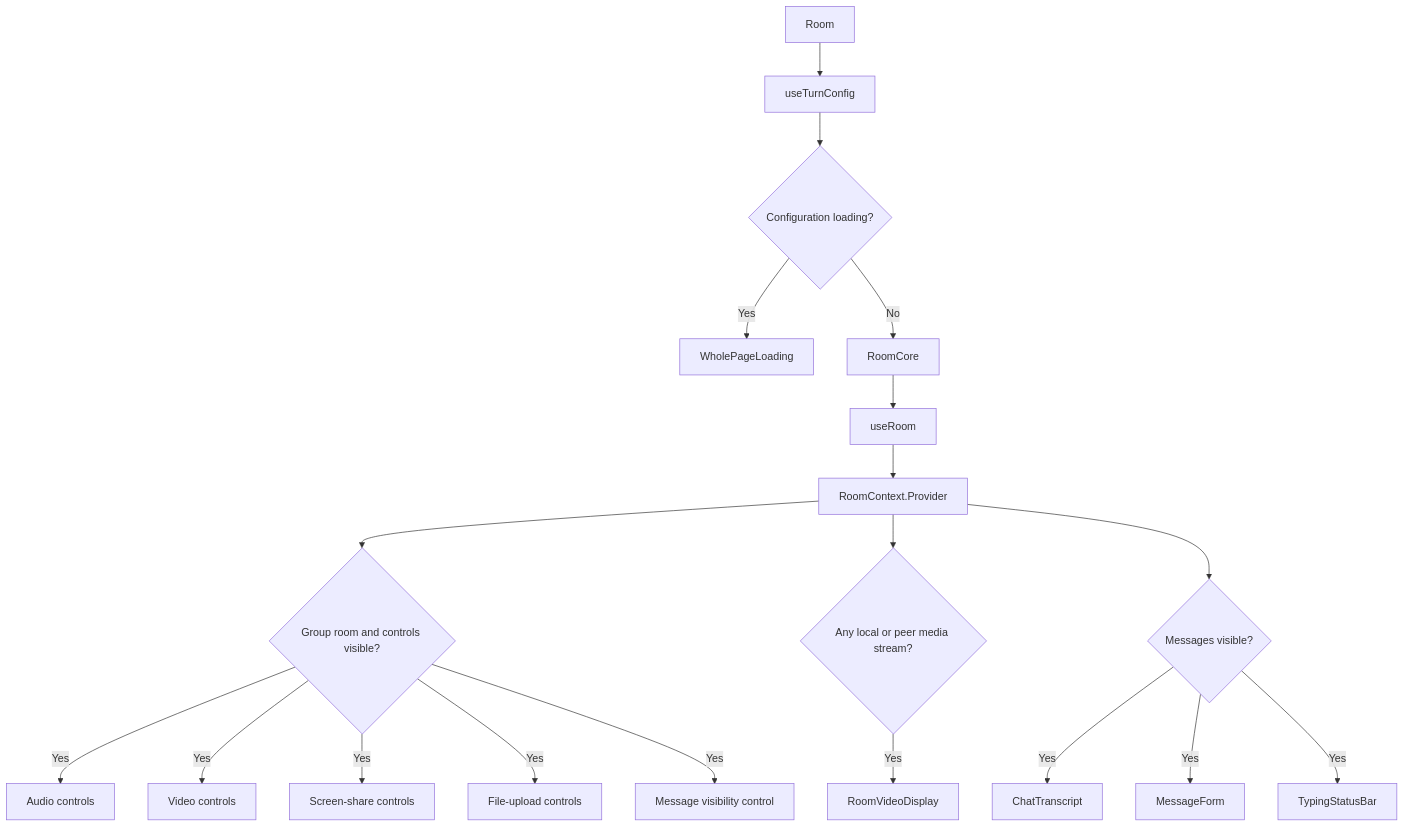
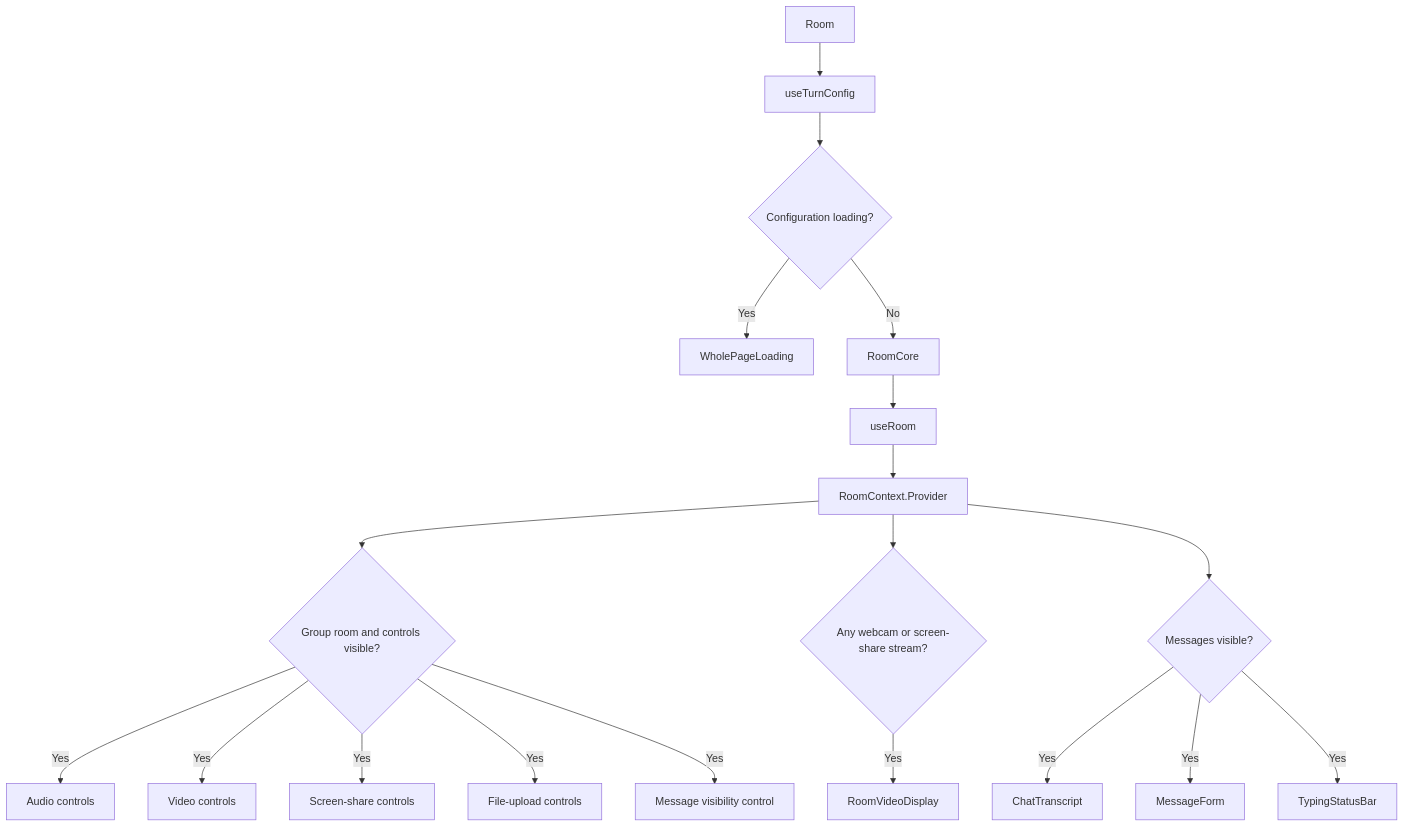
One commit to drunkod/chitchatter changed the fourth of 5 diagrams in docs/architecture/ui-architecture.md. Above: the diagram before and after it, drawn with Mermaid. The commit also changed other lines of this file and 1 other file, not shown here.

Commit message:
Refine architecture docs for media and links

````diff
--- a/docs/architecture/ui-architecture.md
+++ b/docs/architecture/ui-architecture.md
@@ -94,23 +100,23 @@
 ```mermaid
 flowchart TD
     Room[Room] --> Turn[useTurnConfig]
     Turn --> Loading{Configuration loading?}
     Loading -- Yes --> Spinner[WholePageLoading]
     Loading -- No --> Core[RoomCore]
     Core --> Hook[useRoom]
     Hook --> Context[RoomContext.Provider]
 
     Context --> Controls{Group room and controls visible?}
     Controls -- Yes --> Audio[Audio controls]
     Controls -- Yes --> Video[Video controls]
     Controls -- Yes --> Screen[Screen-share controls]
     Controls -- Yes --> Files[File-upload controls]
     Controls -- Yes --> Toggle[Message visibility control]
 
-    Context --> Media{Any local or peer media stream?}
+    Context --> Media{Any webcam or screen-share stream?}
     Media -- Yes --> Display[RoomVideoDisplay]
     Context --> Messages{Messages visible?}
     Messages -- Yes --> Transcript[ChatTranscript]
     Messages -- Yes --> Form[MessageForm]
     Messages -- Yes --> Typing[TypingStatusBar]
 ```
````
